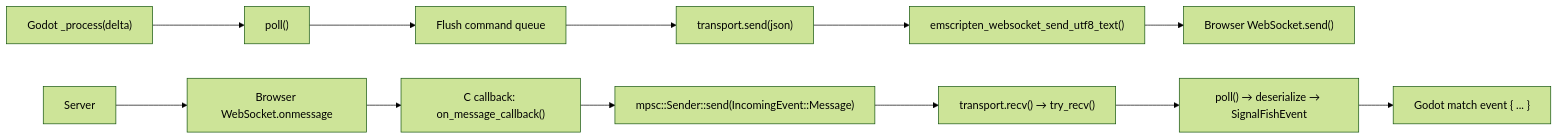
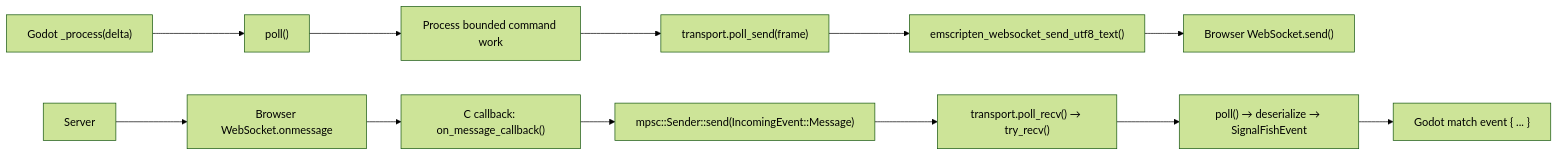
The third of 4 diagrams in docs/wasm.md (Ambiguous-Interactive/signal-fish-client-rust), drawn with Mermaid (forest theme) before and after one commit. The commit also changed other lines of this file and 90 other files, not shown here.

````diff
--- a/docs/wasm.md
+++ b/docs/wasm.md
@@ -691,15 +716,15 @@
 ```mermaid
 graph LR
     A["Godot _process(delta)"] --> B["poll()"]
-    B --> C["Flush command queue"]
-    C --> D["transport.send(json)"]
+    B --> C["Process bounded command work"]
+    C --> D["transport.poll_send(frame)"]
     D --> E["emscripten_websocket_send_utf8_text()"]
     E --> F["Browser WebSocket.send()"]
 
     G["Server"] --> H["Browser WebSocket.onmessage"]
     H --> I["C callback: on_message_callback()"]
     I --> J["mpsc::Sender::send(IncomingEvent::Message)"]
-    J --> K["transport.recv() → try_recv()"]
+    J --> K["transport.poll_recv() → try_recv()"]
     K --> L["poll() → deserialize → SignalFishEvent"]
     L --> M["Godot match event { ... }"]
 ```
````
